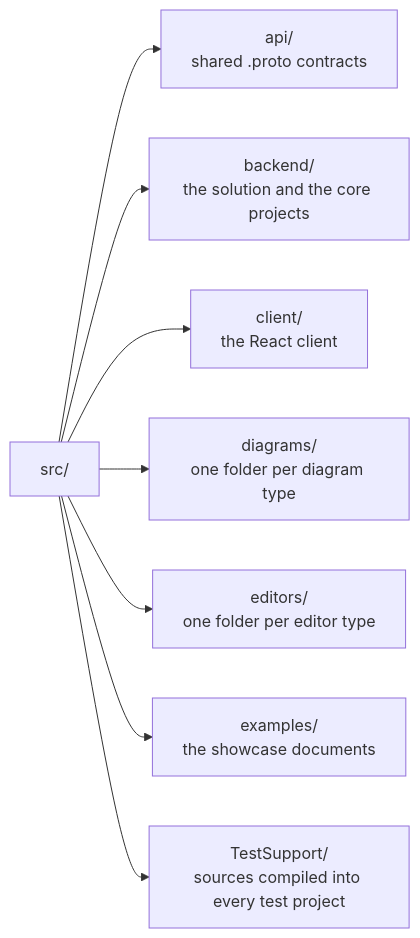
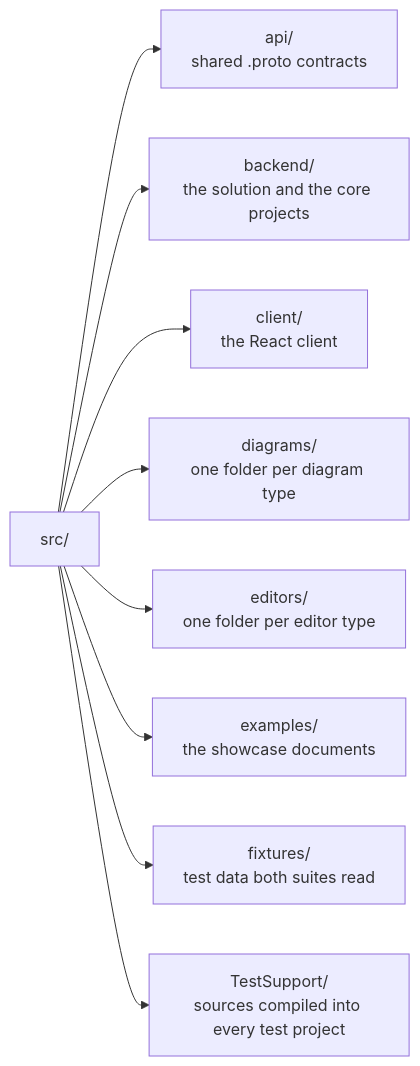
The diagram in docs/solution-structure.md (etalii-adp/etalii.adp.ide.standalone), drawn with Mermaid before and after one commit. The commit also changed other lines of this file and 3 other files, not shown here.

````diff
--- a/docs/solution-structure.md
+++ b/docs/solution-structure.md
@@ -7,11 +7,12 @@
 ```mermaid
 flowchart LR
     src["src/"]
     src --> api["api/<br/>shared .proto contracts"]
     src --> backend["backend/<br/>the solution and the core projects"]
     src --> client["client/<br/>the React client"]
     src --> diagrams["diagrams/<br/>one folder per diagram type"]
     src --> editors["editors/<br/>one folder per editor type"]
     src --> examples["examples/<br/>the showcase documents"]
+    src --> fixtures["fixtures/<br/>test data both suites read"]
     src --> testsupport["TestSupport/<br/>sources compiled into every test project"]
 ```
````
